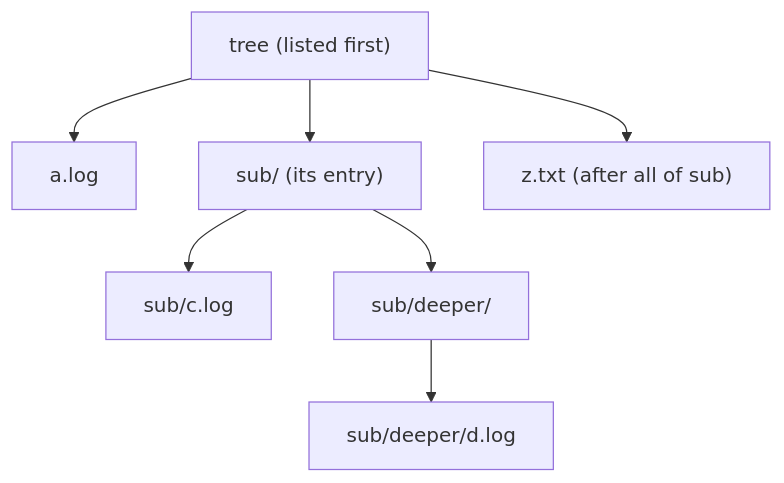
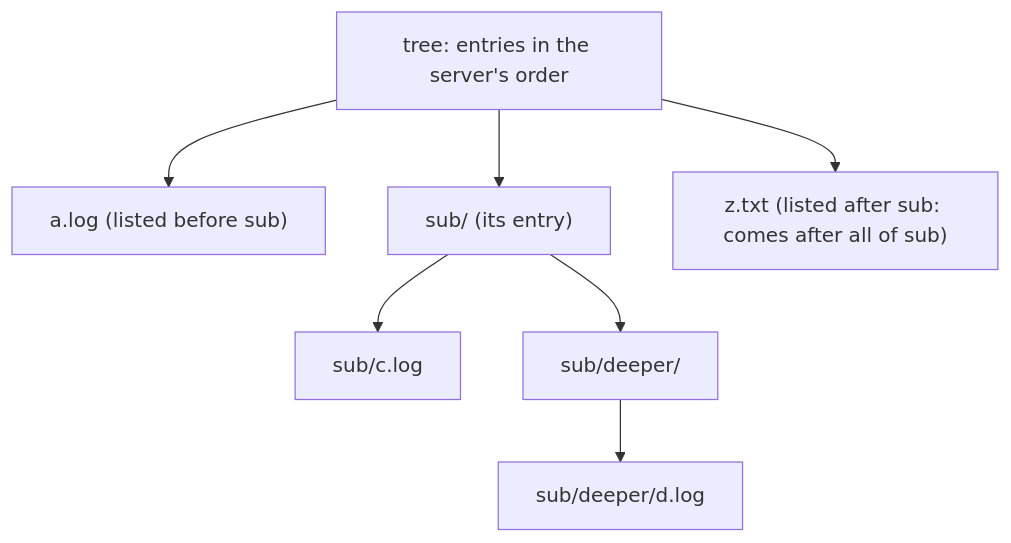
The second of 4 diagrams in docs/how-to/transfer-files-sftp.md (zcsizmadia/SshSharp), drawn with Mermaid before and after one commit. The commit also changed other lines of this file and 5 other files, not shown here.

First line of the commit message:
SFTP recursive listing: the interop test expected alphabetical order; assert what depth first guarantees

````diff
--- a/docs/how-to/transfer-files-sftp.md
+++ b/docs/how-to/transfer-files-sftp.md
@@ -228,9 +230,9 @@
 ```mermaid
 flowchart TD
-    A["tree (listed first)"] --> B["a.log"]
+    A["tree: entries in the server's order"] --> B["a.log (listed before sub)"]
     A --> C["sub/ (its entry)"]
     C --> D["sub/c.log"]
     C --> E["sub/deeper/"]
     E --> F["sub/deeper/d.log"]
-    A --> G["z.txt (after all of sub)"]
+    A --> G["z.txt (listed after sub: comes after all of sub)"]
 ```
````
